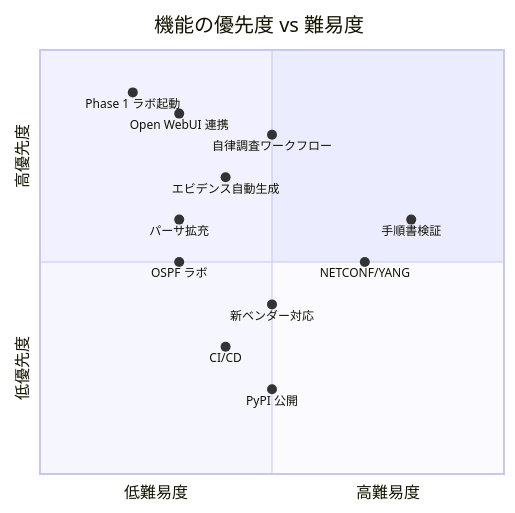
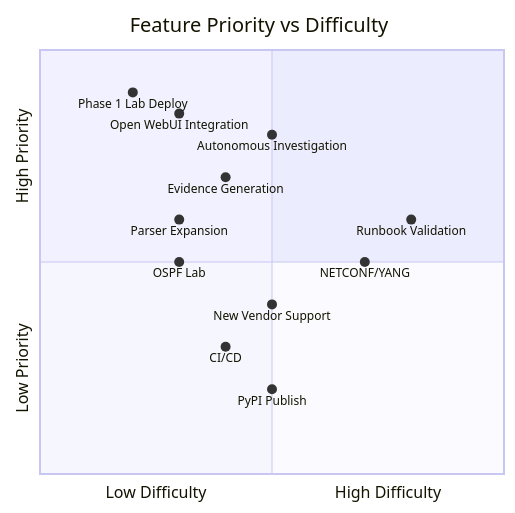
The second of 2 diagrams in docs/roadmap.md (nkchan/clab-ai-orchestrator), drawn with Mermaid before and after one commit. The commit also changed other lines of this file and 15 other files, not shown here.

First line of the commit message:
docs: convert all documentation to English, generalize README architecture

````diff
--- a/docs/roadmap.md
+++ b/docs/roadmap.md
@@ -165,18 +165,18 @@
 ```mermaid
 quadrantChart
-    title 機能の優先度 vs 難易度
-    x-axis 低難易度 --> 高難易度
-    y-axis 低優先度 --> 高優先度
+    title Feature Priority vs Difficulty
+    x-axis Low Difficulty --> High Difficulty
+    y-axis Low Priority --> High Priority
 
-    Phase 1 ラボ起動: [0.2, 0.9]
-    Open WebUI 連携: [0.3, 0.85]
-    自律調査ワークフロー: [0.5, 0.8]
-    エビデンス自動生成: [0.4, 0.7]
-    パーサ拡充: [0.3, 0.6]
-    OSPF ラボ: [0.3, 0.5]
-    新ベンダー対応: [0.5, 0.4]
+    Phase 1 Lab Deploy: [0.2, 0.9]
+    Open WebUI Integration: [0.3, 0.85]
+    Autonomous Investigation: [0.5, 0.8]
+    Evidence Generation: [0.4, 0.7]
+    Parser Expansion: [0.3, 0.6]
+    OSPF Lab: [0.3, 0.5]
+    New Vendor Support: [0.5, 0.4]
     NETCONF/YANG: [0.7, 0.5]
-    手順書検証: [0.8, 0.6]
+    Runbook Validation: [0.8, 0.6]
     CI/CD: [0.4, 0.3]
-    PyPI 公開: [0.5, 0.2]
+    PyPI Publish: [0.5, 0.2]
 ```
````
